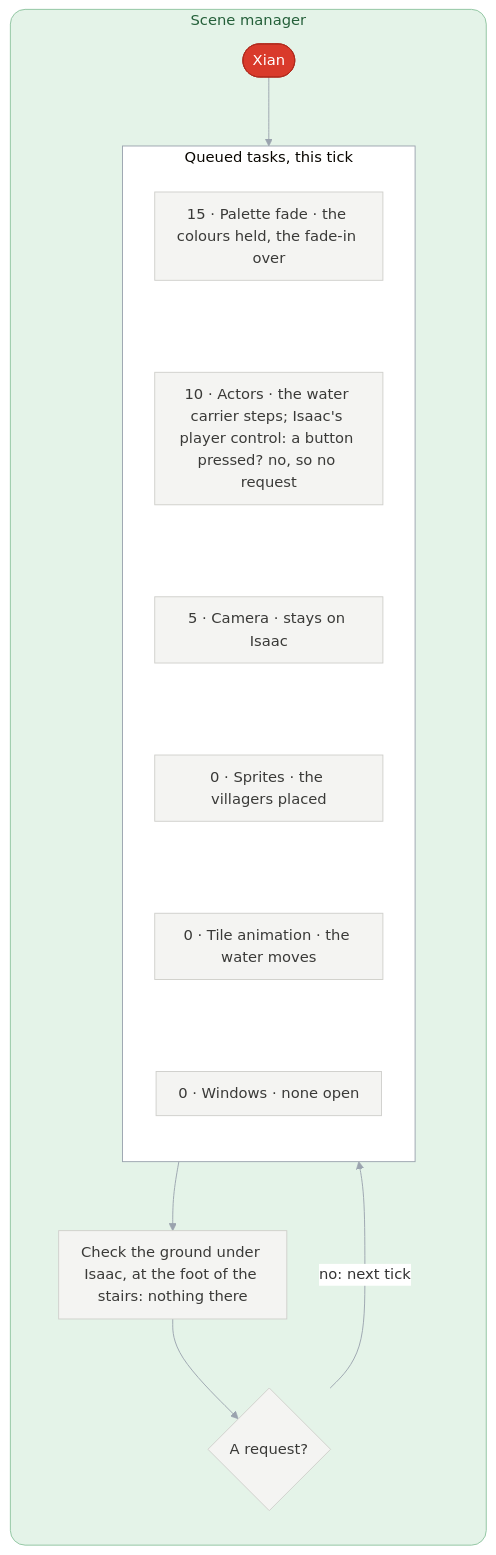
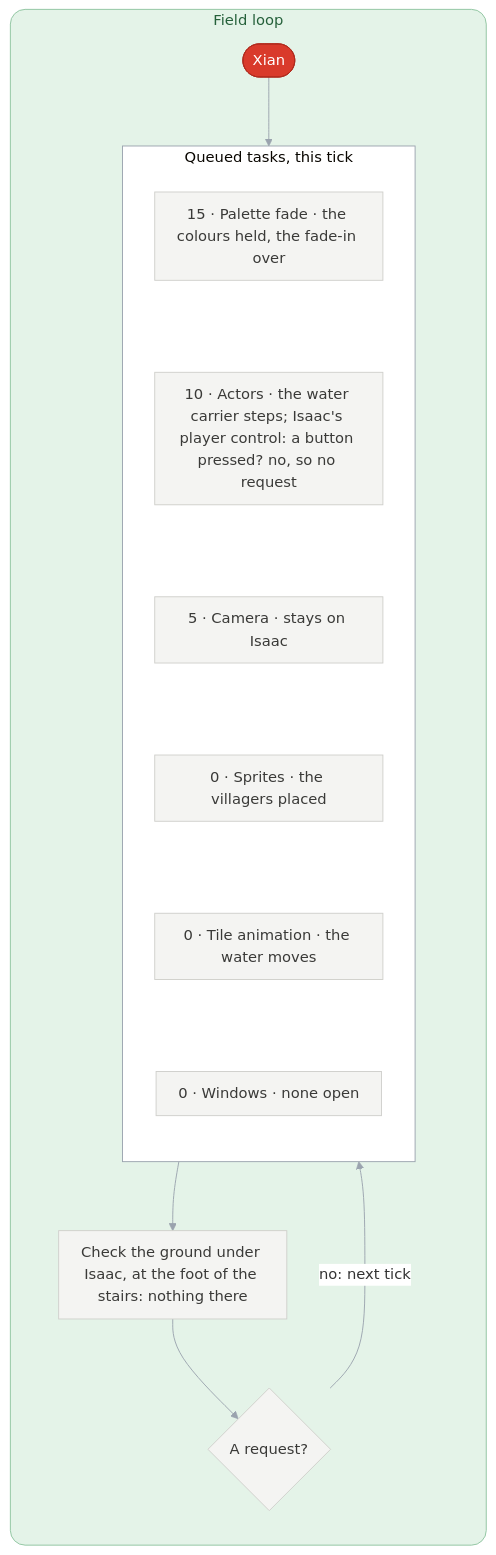
One commit to PascalPixel/alchemy changed the eighth of 9 diagrams in games/tbs/README.md. Above: the diagram before and after it, drawn with Mermaid. The commit also changed other lines of this file and 31 other files, not shown here.

First line of the commit message:
☀️ Monitor, programs, field loop and persistent state in the words too

````diff
--- a/games/tbs/README.md
+++ b/games/tbs/README.md
@@ -355,28 +355,28 @@
 ```mermaid
 %%{init: {"theme": "base", "themeVariables": {"lineColor": "#9AA3AE", "edgeLabelBackground": "#FFFFFF"}, "flowchart": {"curve": "basis", "padding": 12}}}%%
 flowchart TD
-  subgraph mgr ["Scene manager"]
+  subgraph mgr ["Field loop"]
     direction TB
     xian(["Xian"]) --> queue
     subgraph queue ["Queued tasks, this tick"]
       direction TB
       t1["15 · Palette fade · the colours held, the fade-in over"] ~~~ t2["10 · Actors · the water carrier steps; Isaac's player control: a button pressed? no, so no request"]
       t2 ~~~ t3["5 · Camera · stays on Isaac"] ~~~ t4["0 · Sprites · the villagers placed"]
       t4 ~~~ t5["0 · Tile animation · the water moves"] ~~~ t6["0 · Windows · none open"]
     end
     queue --> ground["Check the ground under Isaac, at the foot of the stairs: nothing there"]
     ground --> check{"A request?"}
     check -->|"no: next tick"| queue
   end
-  classDef sequenceManager fill:#DDE3EC,stroke:#8FA0B8,color:#2E3C50
-  classDef sceneSequence fill:#D2EEF3,stroke:#7FC3D0,color:#1E5966
+  classDef monitor fill:#DDE3EC,stroke:#8FA0B8,color:#2E3C50
+  classDef sceneProgram fill:#D2EEF3,stroke:#7FC3D0,color:#1E5966
   classDef battle fill:#F6D5D2,stroke:#D9928B,color:#8A2A22
   classDef sceneManager fill:#D3EBD9,stroke:#8DC49E,color:#25603A
   classDef request fill:#FBE7C6,stroke:#E0B46A,color:#7A5212
   classDef place fill:#D93A2B,stroke:#B02A1D,color:#FFFFFF
   classDef step fill:#F4F4F2,stroke:#CFCFCB,color:#3A3A38
   class xian place
   class t1,t2,t3,t4,t5,t6,ground,check step
   style mgr fill:#E4F3E8,stroke:#8DC49E,color:#25603A,rx:16,ry:16
   style queue fill:#FFFFFF,stroke:#9AA3AE
 ```
````
